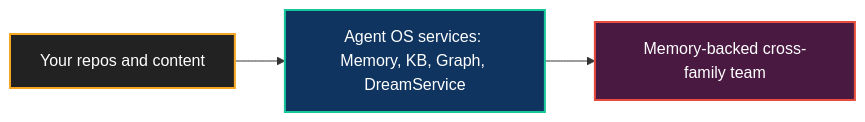
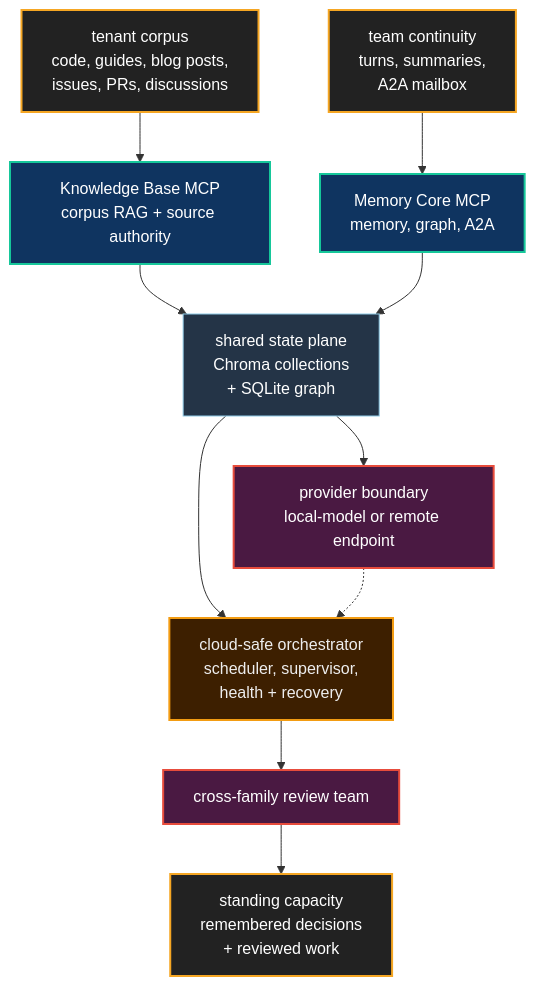
The first of 2 diagrams in learn/benefits/DeployingTheAgentOS.md (neomjs/neo), drawn with Mermaid before and after one commit. The commit also changed other lines of this file and 1 other file, not shown here.

First line of the commit message:
docs(benefits): refresh Agent OS deployment memory value (#14321) (#14384)

````diff
--- a/learn/benefits/DeployingTheAgentOS.md
+++ b/learn/benefits/DeployingTheAgentOS.md
@@ -13,12 +22,29 @@
 ```mermaid
-flowchart LR
-    classDef src fill:#222,stroke:#f5a623,stroke-width:2px,color:#fff
-    classDef svc fill:#0f3460,stroke:#16c79a,stroke-width:2px,color:#fff
+flowchart TD
+    classDef input fill:#222,stroke:#f5a623,stroke-width:2px,color:#fff
+    classDef mcp fill:#0f3460,stroke:#16c79a,stroke-width:2px,color:#fff
+    classDef store fill:#243447,stroke:#8ecae6,stroke-width:1px,color:#fff
+    classDef control fill:#3d1f00,stroke:#f39c12,stroke-width:2px,color:#eee
+    classDef model fill:#4a1942,stroke:#e74c3c,stroke-width:2px,color:#fff
     classDef team fill:#4a1942,stroke:#e74c3c,stroke-width:2px,color:#fff
 
-    Content["Your repos and content"]:::src
-    Services["Agent OS services: Memory, KB, Graph, DreamService"]:::svc
-    Team["Memory-backed cross-family team"]:::team
+    Corpus["tenant corpus<br/>code, guides, blog posts,<br/>issues, PRs, discussions"]:::input
+    Continuity["team continuity<br/>turns, summaries,<br/>A2A mailbox"]:::input
+    KB["Knowledge Base MCP<br/>corpus RAG + source authority"]:::mcp
+    MC["Memory Core MCP<br/>memory, graph, A2A"]:::mcp
+    State["shared state plane<br/>Chroma collections<br/>+ SQLite graph"]:::store
+    Provider["provider boundary<br/>local-model or remote endpoint"]:::model
+    Orchestrator["cloud-safe orchestrator<br/>scheduler, supervisor,<br/>health + recovery"]:::control
+    Team["cross-family review team"]:::team
+    Outcome["standing capacity<br/>remembered decisions<br/>+ reviewed work"]:::input
 
-    Content --> Services --> Team
+    Corpus --> KB
+    Continuity --> MC
+    KB --> State
+    MC --> State
+    State --> Provider
+    State --> Orchestrator
+    Provider -.-> Orchestrator
+    Orchestrator --> Team
+    Team --> Outcome
 ```
````
